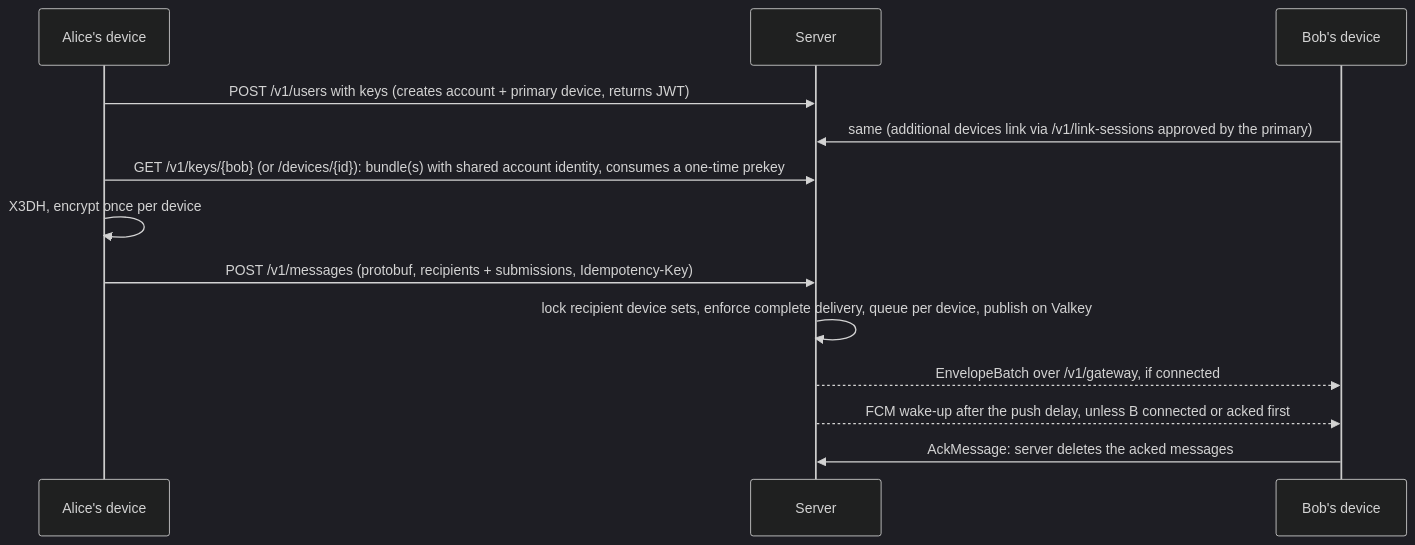
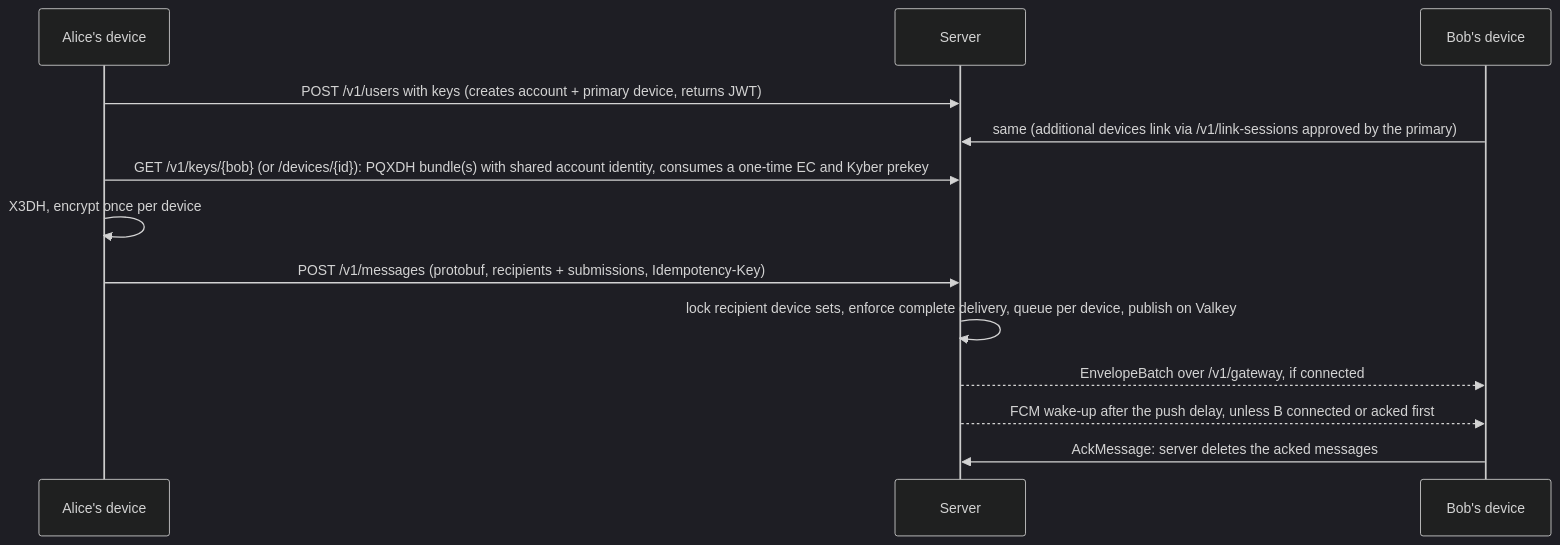
Before and after one commit to obscura-messaging/obscura-server: the diagram in docs/ARCHITECTURE.md, drawn with Mermaid (dark theme). The commit also changed 36 other files, not shown here.

````diff
--- a/docs/ARCHITECTURE.md
+++ b/docs/ARCHITECTURE.md
@@ -7,16 +7,16 @@
 ```mermaid
 sequenceDiagram
     participant A as Alice's device
     participant S as Server
     participant B as Bob's device
 
     A->>S: POST /v1/users with keys (creates account + primary device, returns JWT)
     B->>S: same (additional devices link via /v1/link-sessions approved by the primary)
-    A->>S: GET /v1/keys/{bob} (or /devices/{id}): bundle(s) with shared account identity, consumes a one-time prekey
+    A->>S: GET /v1/keys/{bob} (or /devices/{id}): PQXDH bundle(s) with shared account identity, consumes a one-time EC and Kyber prekey
     A->>A: X3DH, encrypt once per device
     A->>S: POST /v1/messages (protobuf, recipients + submissions, Idempotency-Key)
     S->>S: lock recipient device sets, enforce complete delivery, queue per device, publish on Valkey
     S-->>B: EnvelopeBatch over /v1/gateway, if connected
     S-->>B: FCM wake-up after the push delay, unless B connected or acked first
     B->>S: AckMessage: server deletes the acked messages
 ```
````
